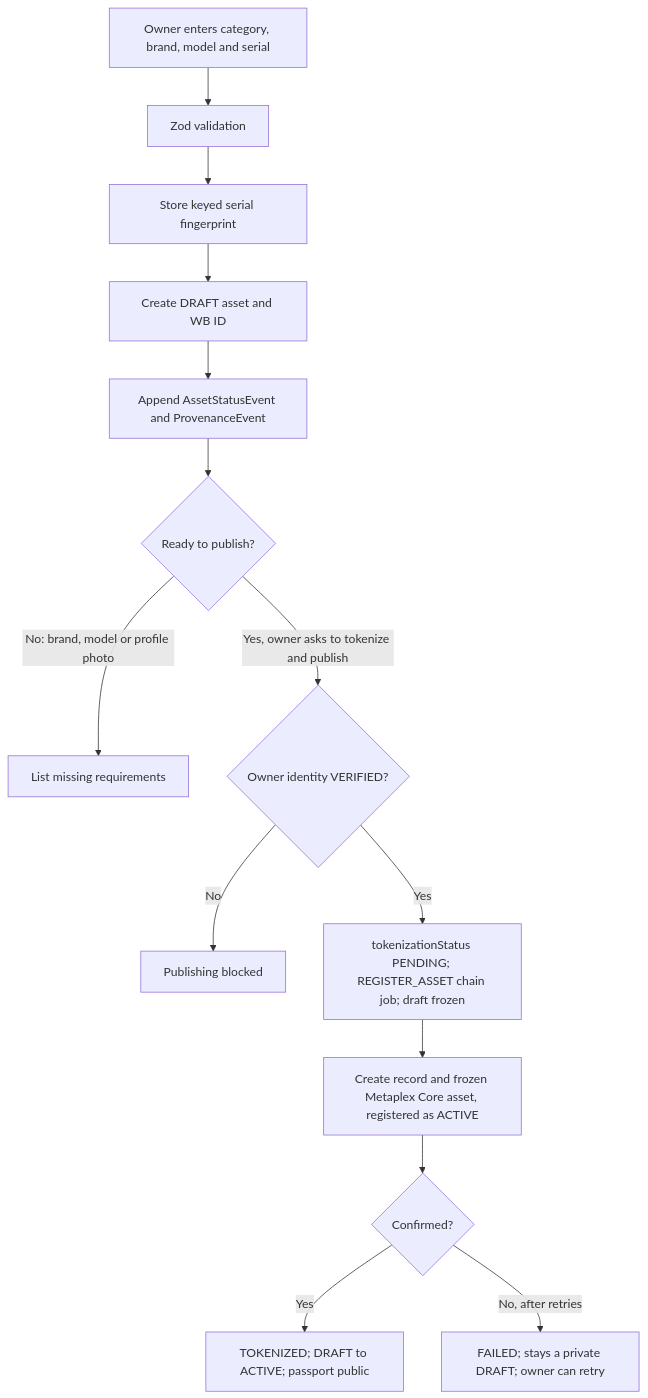
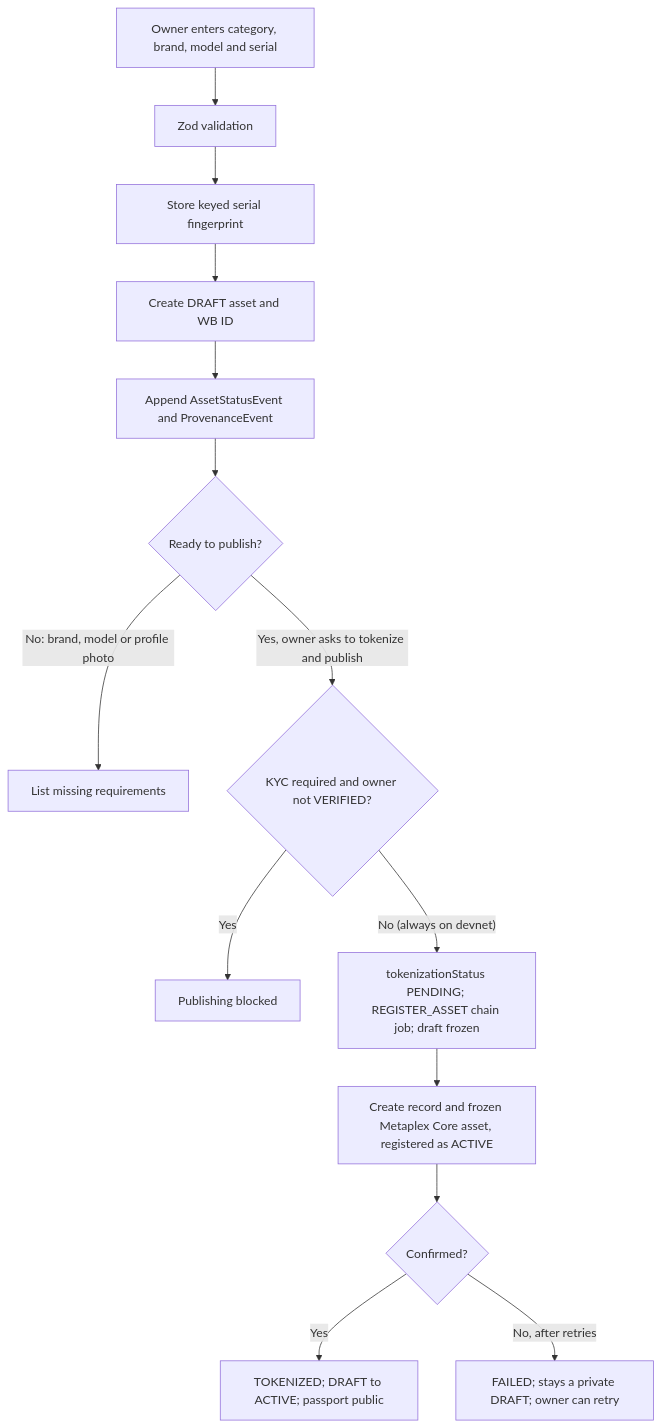
Before and after one commit to BBoy416/WORTHYBOUND: the fourth of 35 diagrams in docs/architecture.md, drawn with Mermaid. The commit also changed other lines of this file and 25 other files, not shown here.

Commit message:
KYC off on devnet: owners and buyers need no verified identity unless KYC_REQUIRED=true

````diff
--- a/docs/architecture.md
+++ b/docs/architecture.md
@@ -116,16 +116,16 @@
 ```mermaid
 flowchart TD
 Owner["Owner enters category, brand, model and serial"] --> Validate["Zod validation"]
 Validate --> Fingerprint["Store keyed serial fingerprint"]
 Fingerprint --> Draft["Create DRAFT asset and WB ID"]
 Draft --> Log["Append AssetStatusEvent and ProvenanceEvent"]
 Log --> Ready{"Ready to publish?"}
 Ready -->|"No: brand, model or profile photo"| Missing["List missing requirements"]
-Ready -->|"Yes, owner asks to tokenize and publish"| Identity{"Owner identity VERIFIED?"}
-Identity -->|"No"| Block["Publishing blocked"]
-Identity -->|"Yes"| Job["tokenizationStatus PENDING; REGISTER_ASSET chain job; draft frozen"]
+Ready -->|"Yes, owner asks to tokenize and publish"| Identity{"KYC required and owner not VERIFIED?"}
+Identity -->|"Yes"| Block["Publishing blocked"]
+Identity -->|"No (always on devnet)"| Job["tokenizationStatus PENDING; REGISTER_ASSET chain job; draft frozen"]
 Job --> Mint["Create record and frozen Metaplex Core asset, registered as ACTIVE"]
 Mint --> Confirmed{"Confirmed?"}
 Confirmed -->|"Yes"| Publish["TOKENIZED; DRAFT to ACTIVE; passport public"]
 Confirmed -->|"No, after retries"| Failed["FAILED; stays a private DRAFT; owner can retry"]
 ```
````
